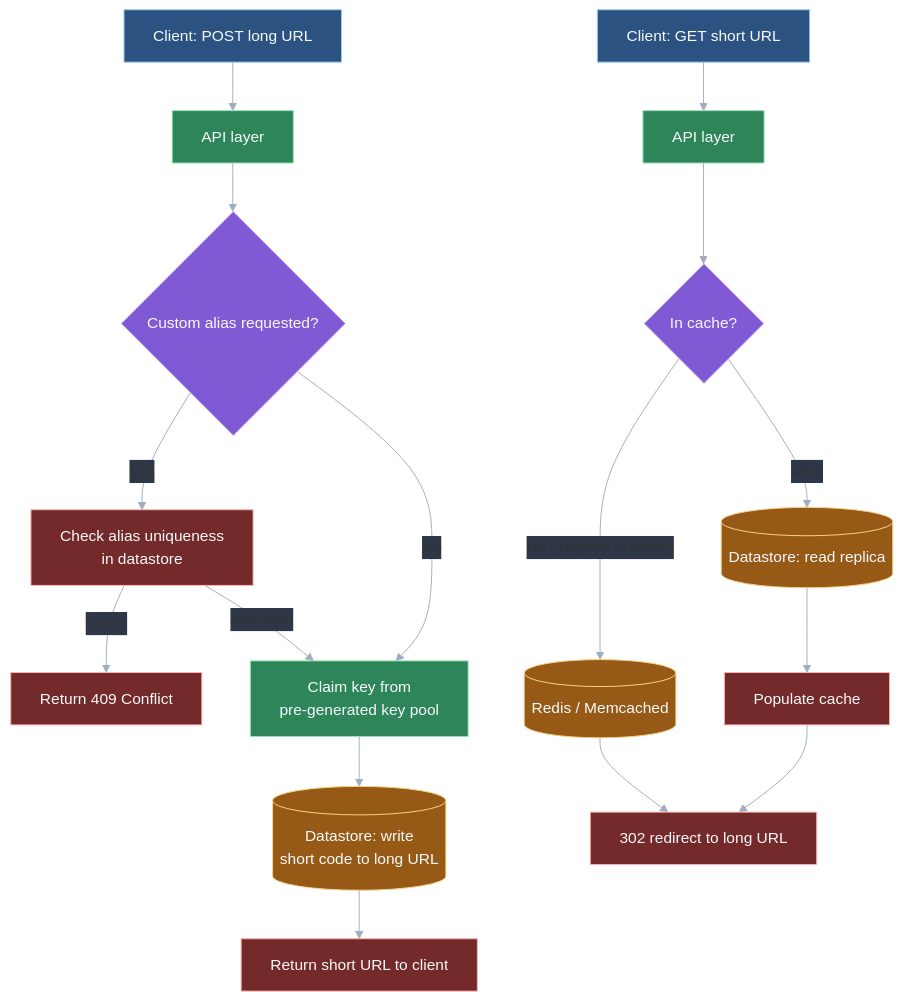
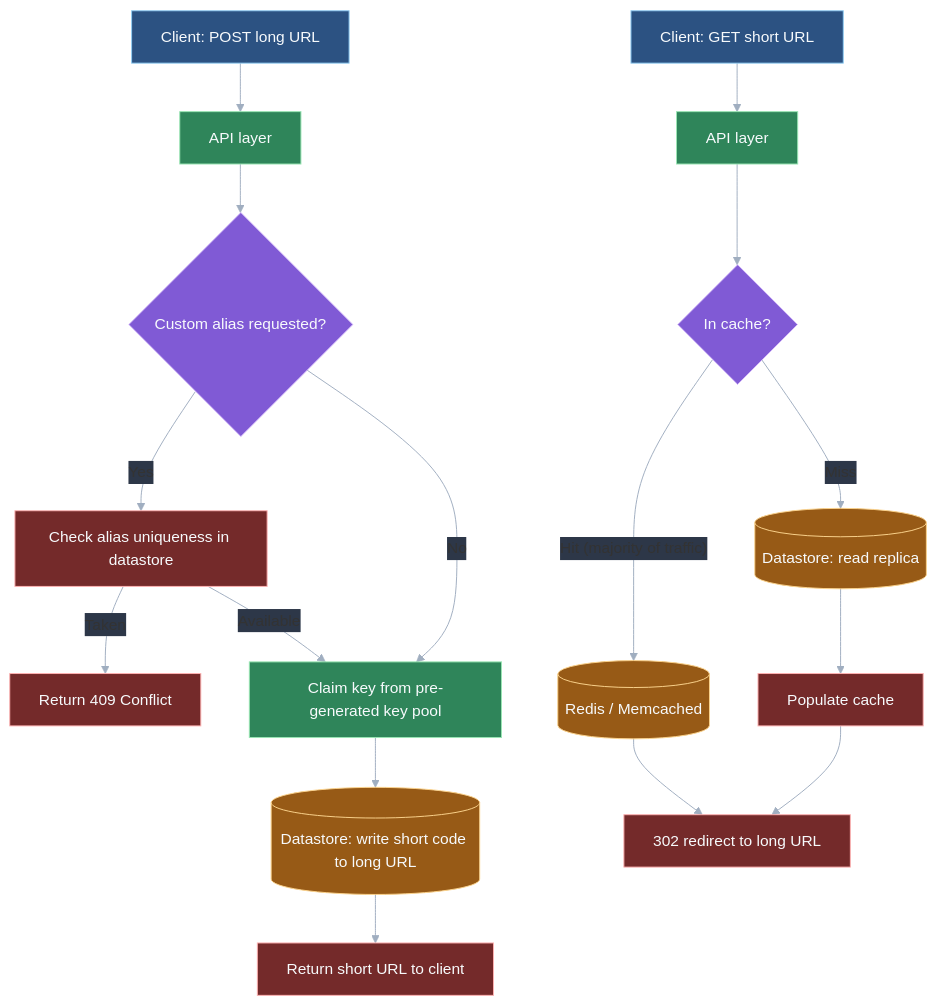
The first of 2 diagrams in data/topics/design-url-shortener.md (vinayakhumberi/litmus), drawn with Mermaid before and after one commit. The commit also changed other lines of this file and 68 other files, not shown here.

````diff
--- a/data/topics/design-url-shortener.md
+++ b/data/topics/design-url-shortener.md
@@ -108,32 +108,32 @@
 ```mermaid
 %%{init: {"theme": "base", "themeVariables": {"lineColor": "#a0aec0", "edgeLabelBackground": "#2d3748", "textColor": "#f7fafc"}}}%%
 graph TD
     A["Client: POST long URL"] --> B["API layer"]
     B --> C{"Custom alias requested?"}
-    C -- "Yes" --> D["Check alias uniqueness<br>in datastore"]
+    C -- "Yes" --> D["Check alias uniqueness in datastore"]
     D -- "Taken" --> E["Return 409 Conflict"]
-    D -- "Available" --> F["Claim key from<br>pre-generated key pool"]
+    D -- "Available" --> F["Claim key from pre-generated key pool"]
     C -- "No" --> F
-    F --> G[("Datastore: write<br>short code to long URL")]
+    F --> G[("Datastore: write short code to long URL")]
     G --> H["Return short URL to client"]
 
     I["Client: GET short URL"] --> J["API layer"]
     J --> K{"In cache?"}
     K -- "Hit (majority of traffic)" --> L[("Redis / Memcached")]
     L --> M["302 redirect to long URL"]
     K -- "Miss" --> N[("Datastore: read replica")]
     N --> O["Populate cache"]
     O --> M
 
     classDef client fill:#2c5282,stroke:#90cdf4,color:#f7fafc
     classDef api fill:#2f855a,stroke:#9ae6b4,color:#f7fafc
     classDef decision fill:#805ad5,stroke:#d6bcfa,color:#f7fafc
     classDef store fill:#975a16,stroke:#fbd38d,color:#f7fafc
     classDef result fill:#742a2a,stroke:#feb2b2,color:#f7fafc
 
     class A,I client
     class B,J,F api
     class C,K decision
     class G,L,N store
     class D,E,H,M,O result
 ```
````
